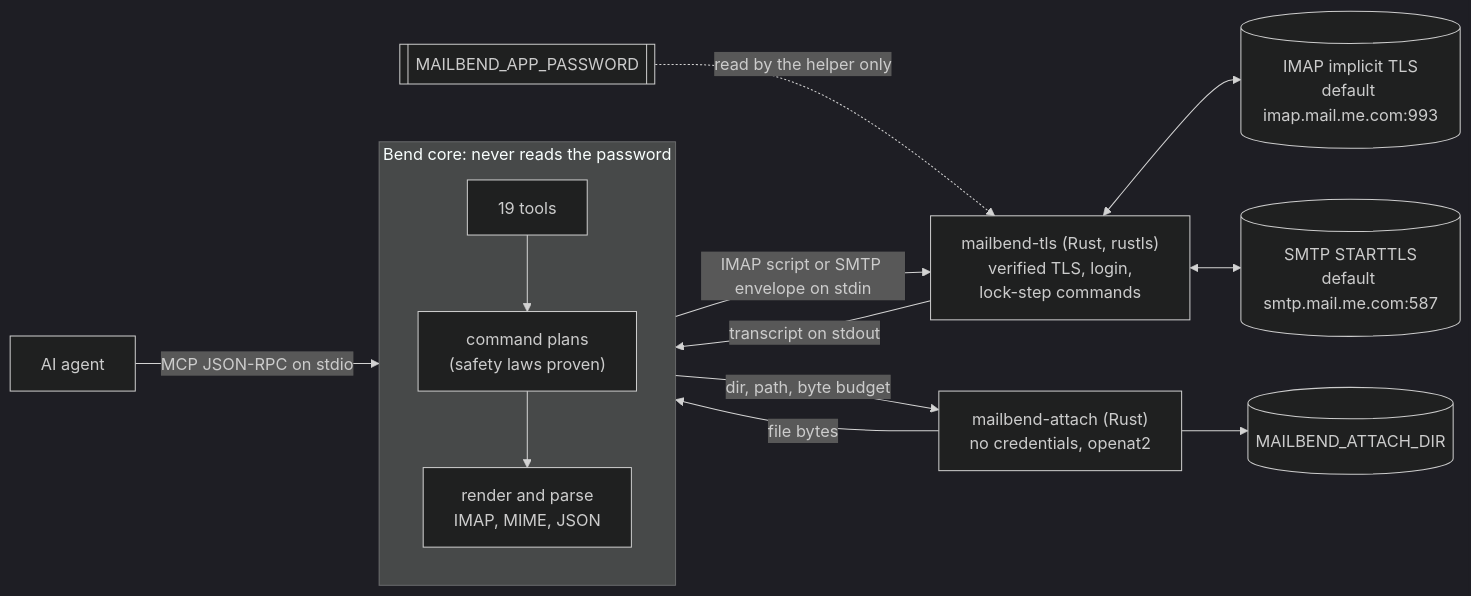
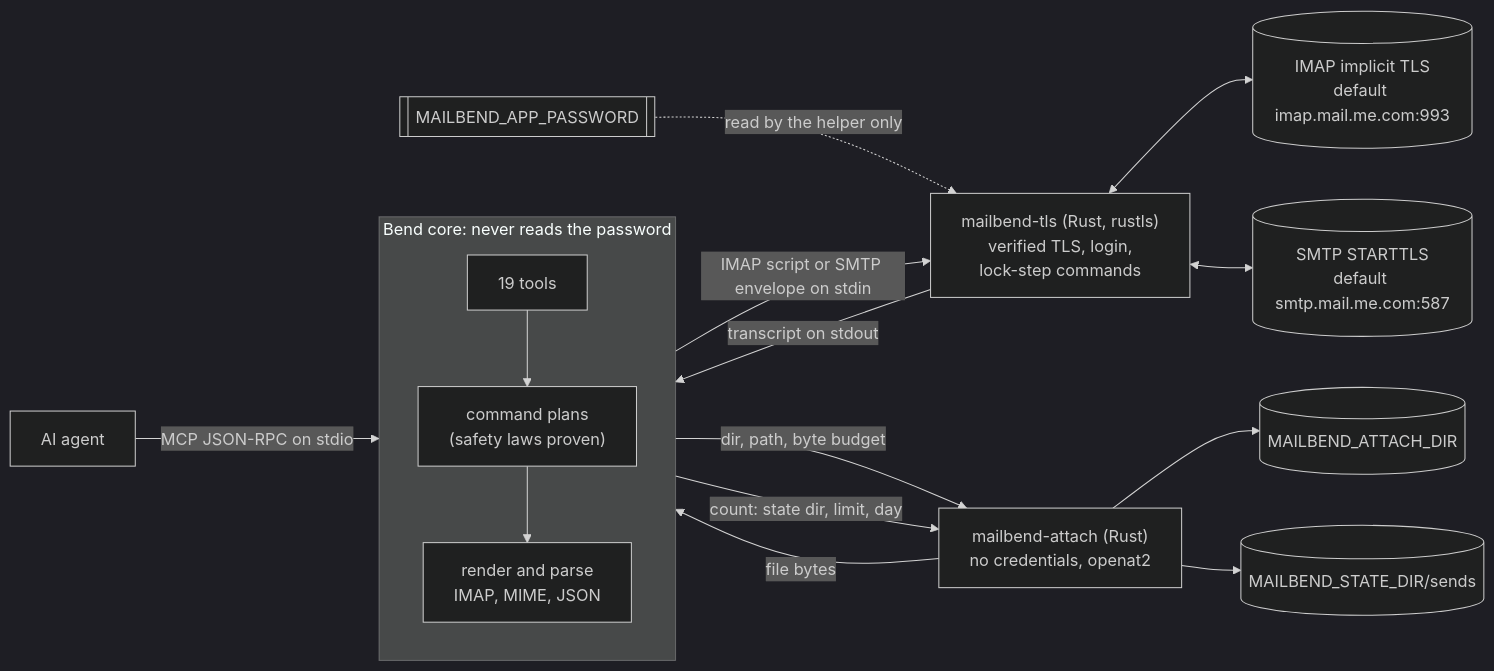
One commit to albertc71/MailBend changed the diagram in README.md. Above: the diagram before and after it, drawn with Mermaid (dark theme). The commit also changed other lines of this file and 25 other files, not shown here.

````diff
--- a/README.md
+++ b/README.md
@@ -263,17 +287,19 @@
 ```mermaid
 flowchart LR
   agent["AI agent"] -- "MCP JSON-RPC on stdio" --> core
   subgraph core["Bend core: never reads the password"]
     direction TB
     tools["19 tools"] --> plans["command plans<br/>(safety laws proven)"]
     plans --> parse["render and parse<br/>IMAP, MIME, JSON"]
   end
   core -- "IMAP script or SMTP envelope on stdin" --> helper["mailbend-tls (Rust, rustls)<br/>verified TLS, login,<br/>lock-step commands"]
   helper -- "transcript on stdout" --> core
   helper <--> imap[("IMAP implicit TLS<br/>default imap.mail.me.com:993")]
   helper <--> smtp[("SMTP STARTTLS<br/>default smtp.mail.me.com:587")]
   secrets[["MAILBEND_APP_PASSWORD"]] -. "read by the helper only" .-> helper
   core -- "dir, path, byte budget" --> reader["mailbend-attach (Rust)<br/>no credentials, openat2"]
   reader -- "file bytes" --> core
   reader --> files[("MAILBEND_ATTACH_DIR")]
+  core -- "count: state dir, limit, day" --> reader
+  reader --> sends[("MAILBEND_STATE_DIR/sends")]
 ```
````
